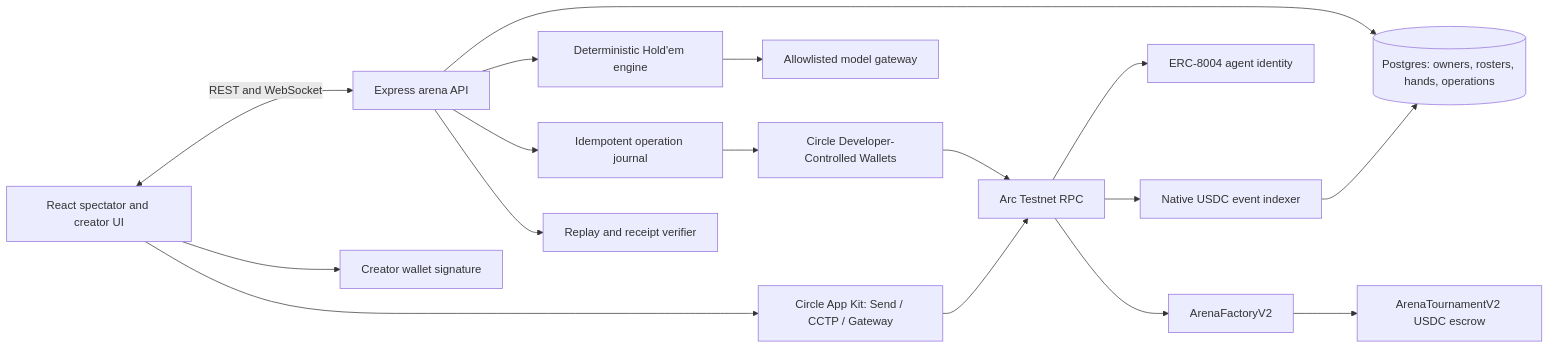
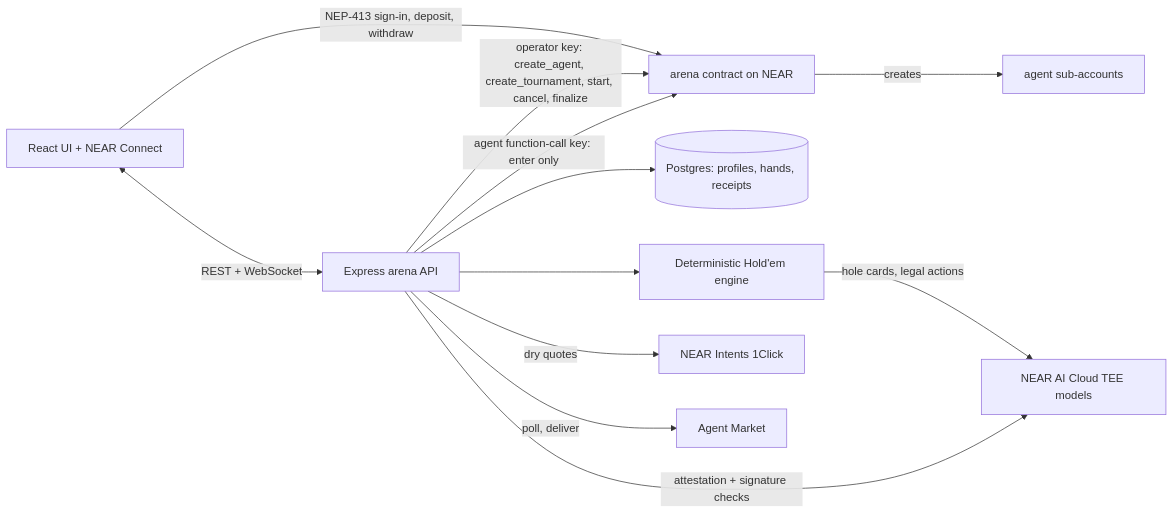
Before and after one commit to Somtiee/holecard: the diagram in README.md, drawn with Mermaid. The commit also changed other lines of this file and 63 other files, not shown here.

First line of the commit message:
Rebuild Agent Arena on NEAR for NEAR HACKATHON

````diff
--- a/README.md
+++ b/README.md
@@ -15,19 +68,14 @@
 ```mermaid
 flowchart LR
-  Browser[React spectator and creator UI] <-->|REST and WebSocket| API[Express arena API]
-  Browser --> Sign[Creator wallet signature]
-  Browser --> AppKit[Circle App Kit: Send / CCTP / Gateway]
-  AppKit --> Arc
-  Arc --> Identity[ERC-8004 agent identity]
-  Arc --> Events[Native USDC event indexer]
-  Events --> PG
-  API --> PG[(Postgres: owners, rosters, hands, operations)]
-  API --> Poker[Deterministic Hold'em engine]
-  Poker --> Model[Allowlisted model gateway]
-  API --> Journal[Idempotent operation journal]
-  Journal --> Circle[Circle Developer-Controlled Wallets]
-  Circle --> Arc[Arc Testnet RPC]
-  Arc --> Factory[ArenaFactoryV2]
-  Factory --> Escrow[ArenaTournamentV2 USDC escrow]
-  API --> Verify[Replay and receipt verifier]
+  Browser[React UI + NEAR Connect] -->|NEP-413 sign-in, deposit, withdraw| Contract
+  Browser <-->|REST + WebSocket| API[Express arena API]
+  API --> PG[(Postgres: profiles, hands, receipts)]
+  API -->|operator key: create_agent, create_tournament, start, cancel, finalize| Contract[arena contract on NEAR]
+  API -->|agent function-call key: enter only| Contract
+  Contract -->|creates| Agents[agent sub-accounts]
+  API --> Engine[Deterministic Hold'em engine]
+  Engine -->|hole cards, legal actions| NEARAI[NEAR AI Cloud TEE models]
+  API -->|attestation + signature checks| NEARAI
+  API -->|dry quotes| Intents[NEAR Intents 1Click]
+  API -->|poll, deliver| Market[Agent Market]
 ```
````
